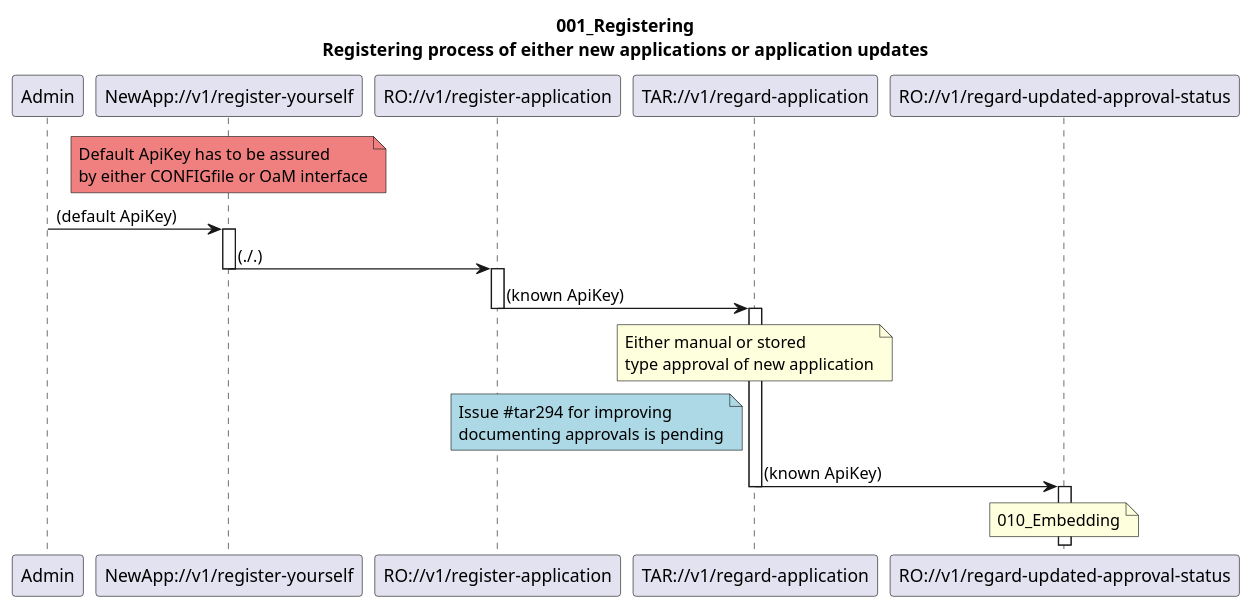
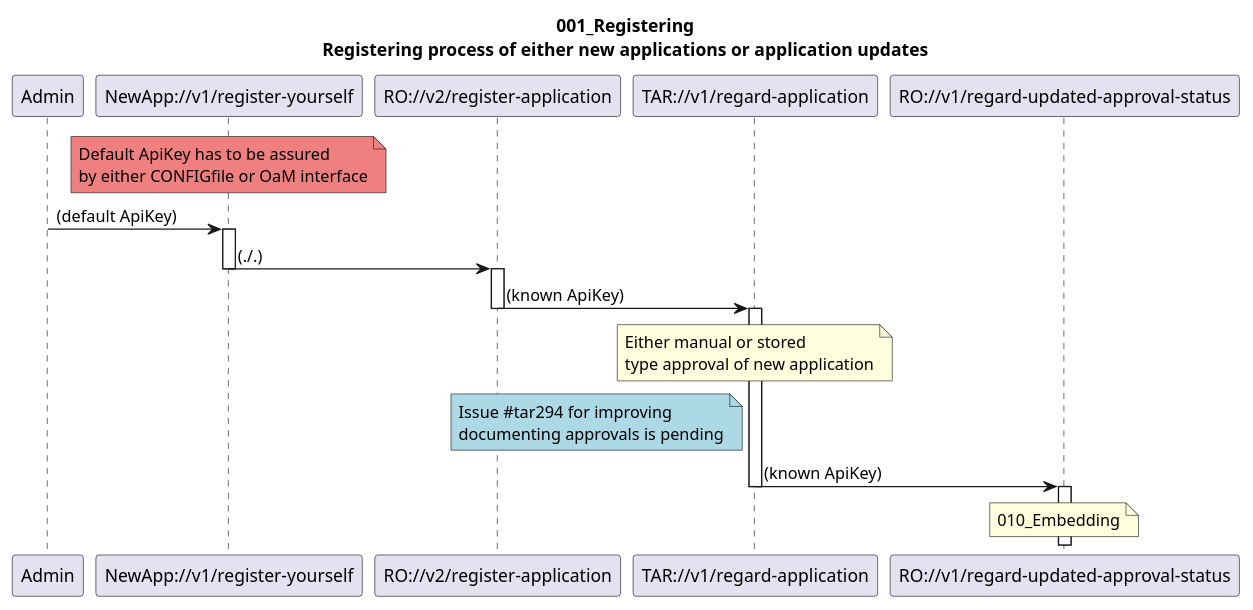
Before and after one commit to openBackhaul/ApplicationPattern: the diagram in spec/diagrams/systemScope/001_Registering.plantuml, drawn with PlantUML. The commit also changed 7 other files, not shown here.

```diff
--- a/spec/diagrams/systemScope/001_Registering.plantuml
+++ b/spec/diagrams/systemScope/001_Registering.plantuml
@@ -1,50 +1,50 @@
 @startuml 001_Registering
 skinparam responseMessageBelowArrow true
 
 title
 001_Registering
 Registering process of either new applications or application updates
 end title
 
 participant "Admin" as Admin
 participant "NewApp://v1/register-yourself" as NewAppRegYs
-participant "RO://v1/register-application" as RoRegiA
+participant "RO://v2/register-application" as RoRegiA
 participant "TAR://v1/regard-application" as TarRegaA
 participant "RO://v1/regard-updated-approval-status" as RoRegaUa
 
 note over NewAppRegYs #LightCoral
 Default ApiKey has to be assured
 by either CONFIGfile or OaM interface
 end note
 
 Admin -> NewAppRegYs : (default ApiKey)
 
 activate NewAppRegYs
 NewAppRegYs -> RoRegiA : (./.)
 deactivate NewAppRegYs
 
 activate RoRegiA
 RoRegiA -> TarRegaA : (known ApiKey)
 deactivate RoRegiA
 
 activate TarRegaA
 note over TarRegaA
 Either manual or stored
 type approval of new application
 end note
 note left TarRegaA #LightBlue
 Issue #tar294 for improving 
 documenting approvals is pending
 end note
 TarRegaA -> RoRegaUa : (known ApiKey)
 deactivate TarRegaA
 
 activate RoRegaUa
 
 note over RoRegaUa
 010_Embedding
 end note
 
 deactivate RoRegaUa
 
 @enduml
```
